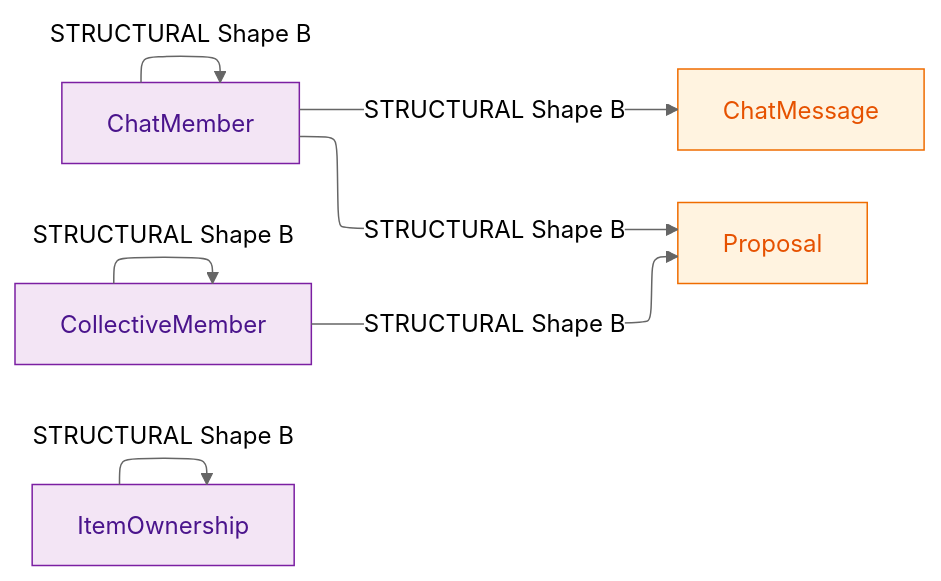
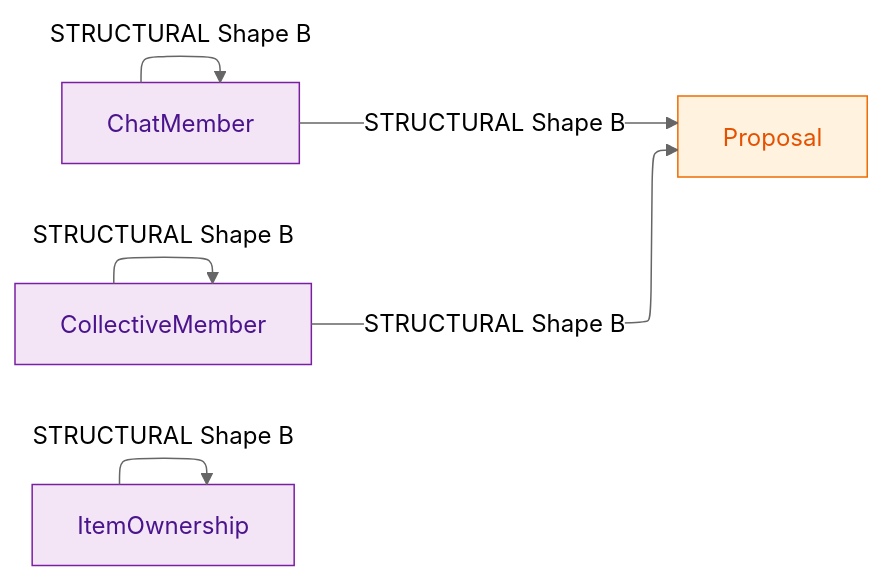
The sixth of 6 diagrams in docs/primitive/structural-edge-map.md (helping-kaiser/cogra), drawn with Mermaid (neutral theme) before and after one commit. The commit also changed other lines of this file and 2 other files, not shown here.

````diff
--- a/docs/primitive/structural-edge-map.md
+++ b/docs/primitive/structural-edge-map.md
@@ -317,19 +324,17 @@
 ```mermaid
 %%{init: {"flowchart": {"defaultRenderer": "elk"}} }%%
 flowchart LR
     ChatMember[ChatMember]:::junction
     CollectiveMember[CollectiveMember]:::junction
     ItemOwnership[ItemOwnership]:::junction
-    ChatMessage[ChatMessage]:::content
     Proposal[Proposal]:::content
 
     ChatMember -->|STRUCTURAL Shape B| ChatMember
-    ChatMember -->|STRUCTURAL Shape B| ChatMessage
     ChatMember -->|STRUCTURAL Shape B| Proposal
     CollectiveMember -->|STRUCTURAL Shape B| CollectiveMember
     CollectiveMember -->|STRUCTURAL Shape B| Proposal
     ItemOwnership -->|STRUCTURAL Shape B| ItemOwnership
 
     classDef content  fill:#fff3e0,stroke:#ef6c00,color:#e65100;
     classDef junction fill:#f3e5f5,stroke:#7b1fa2,color:#4a148c;
 ```
````
